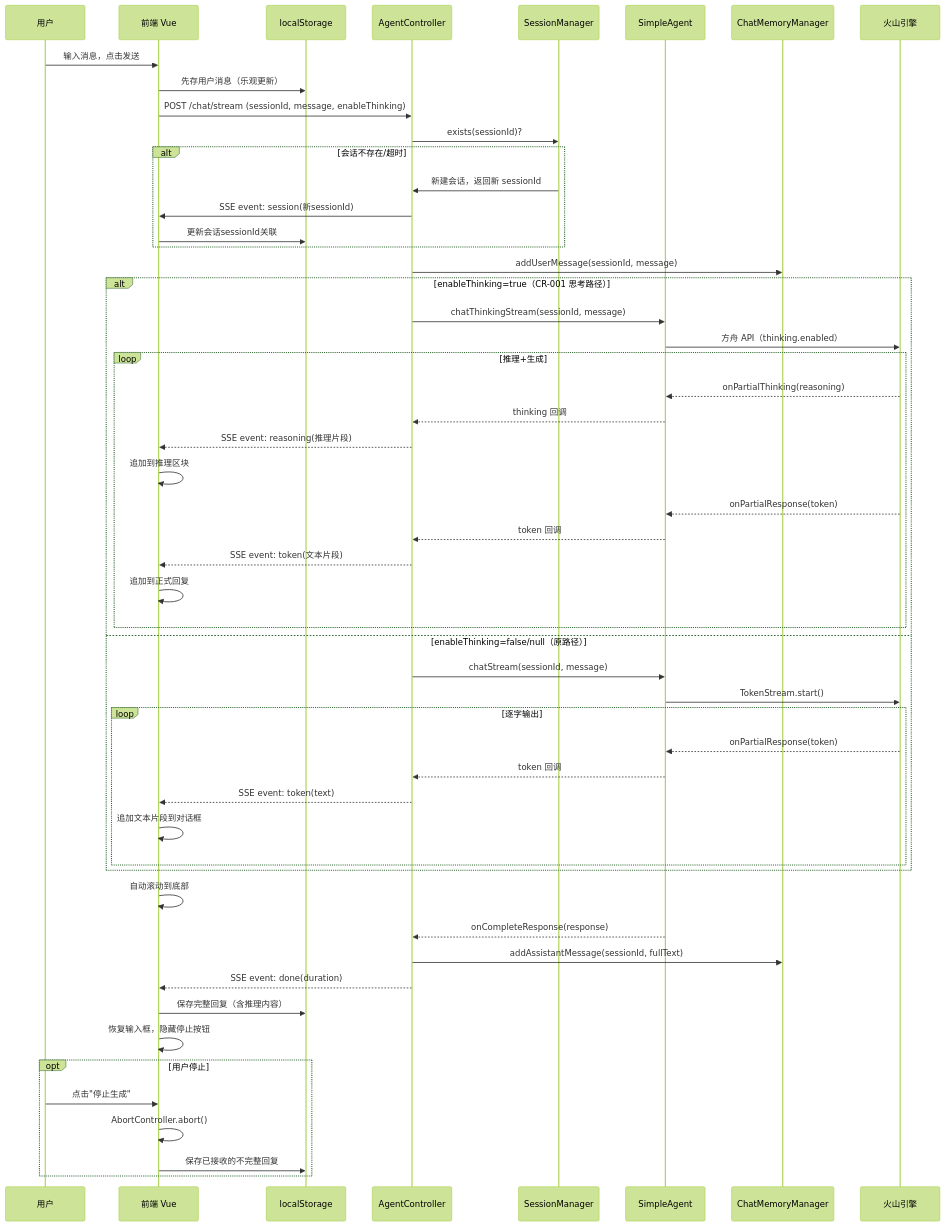
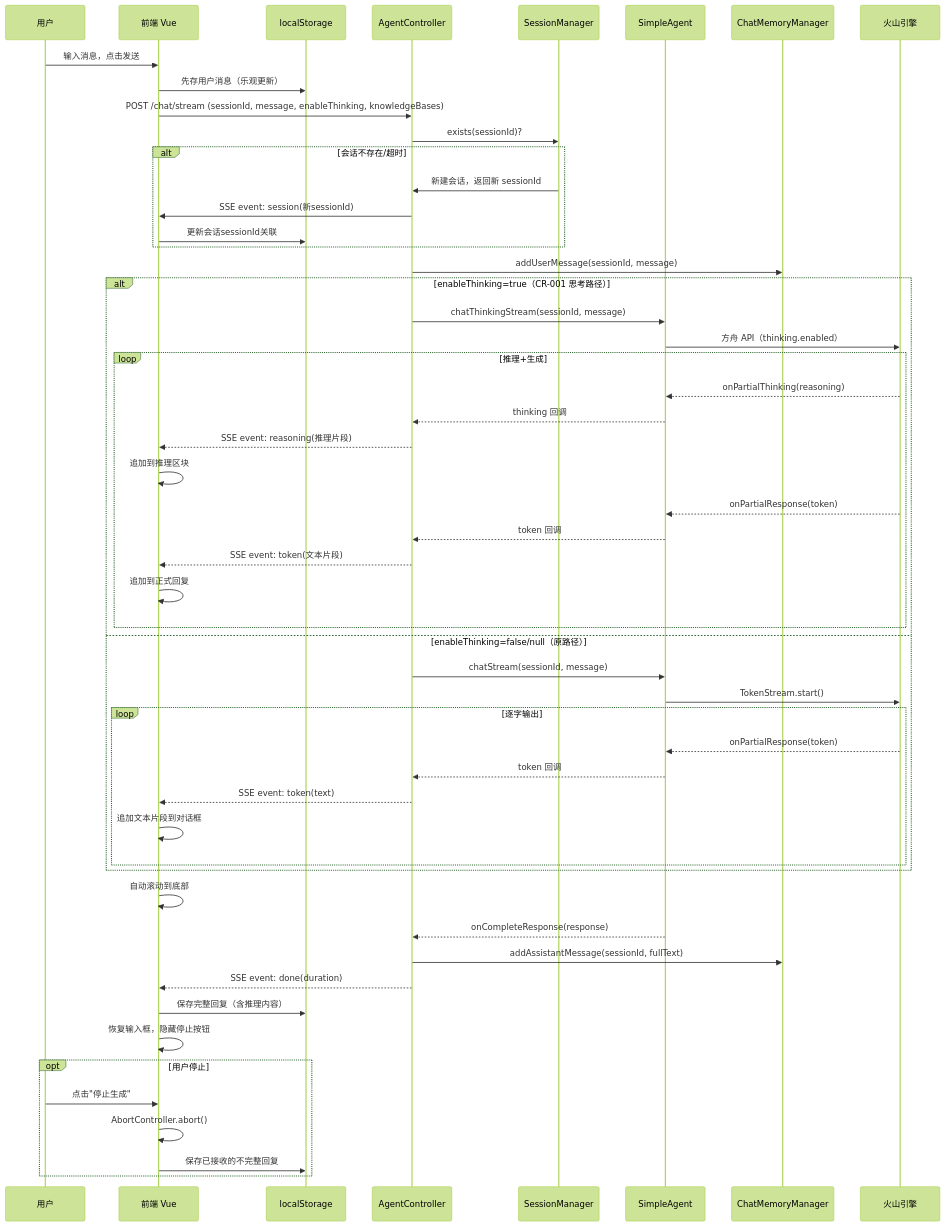
One commit to zxchengQQ/agent_demo changed the fifth of 6 diagrams in KNOWLEDGE_BASE.md. Above: the diagram before and after it, drawn with Mermaid (forest theme). The commit also changed other lines of this file and 85 other files, not shown here.

````diff
--- a/KNOWLEDGE_BASE.md
+++ b/KNOWLEDGE_BASE.md
@@ -503,56 +524,56 @@
 ```mermaid
 sequenceDiagram
     participant U as 用户
     participant FE as 前端 Vue
     participant LS as localStorage
     participant CTL as AgentController
     participant SM as SessionManager
     participant AGT as SimpleAgent
     participant MM as ChatMemoryManager
     participant LLM as 火山引擎
 
     U->>FE: 输入消息，点击发送
     FE->>LS: 先存用户消息（乐观更新）
-    FE->>CTL: POST /chat/stream (sessionId, message, enableThinking)
+    FE->>CTL: POST /chat/stream (sessionId, message, enableThinking, knowledgeBases)
     CTL->>SM: exists(sessionId)?
     alt 会话不存在/超时
         SM->>CTL: 新建会话，返回新 sessionId
         CTL->>FE: SSE event: session(新sessionId)
         FE->>LS: 更新会话sessionId关联
     end
     CTL->>MM: addUserMessage(sessionId, message)
     alt enableThinking=true（CR-001 思考路径）
         CTL->>AGT: chatThinkingStream(sessionId, message)
         AGT->>LLM: 方舟 API（thinking.enabled）
         loop 推理+生成
             LLM-->>AGT: onPartialThinking(reasoning)
             AGT-->>CTL: thinking 回调
             CTL-->>FE: SSE event: reasoning(推理片段)
             FE->>FE: 追加到推理区块
             LLM-->>AGT: onPartialResponse(token)
             AGT-->>CTL: token 回调
             CTL-->>FE: SSE event: token(文本片段)
             FE->>FE: 追加到正式回复
         end
     else enableThinking=false/null（原路径）
         CTL->>AGT: chatStream(sessionId, message)
         AGT->>LLM: TokenStream.start()
         loop 逐字输出
             LLM-->>AGT: onPartialResponse(token)
             AGT-->>CTL: token 回调
             CTL-->>FE: SSE event: token(text)
             FE->>FE: 追加文本片段到对话框
         end
     end
     FE->>FE: 自动滚动到底部
     AGT-->>CTL: onCompleteResponse(response)
     CTL->>MM: addAssistantMessage(sessionId, fullText)
     CTL-->>FE: SSE event: done(duration)
     FE->>LS: 保存完整回复（含推理内容）
     FE->>FE: 恢复输入框，隐藏停止按钮
     opt 用户停止
         U->>FE: 点击"停止生成"
         FE->>FE: AbortController.abort()
         FE->>LS: 保存已接收的不完整回复
     end
 ```
````
